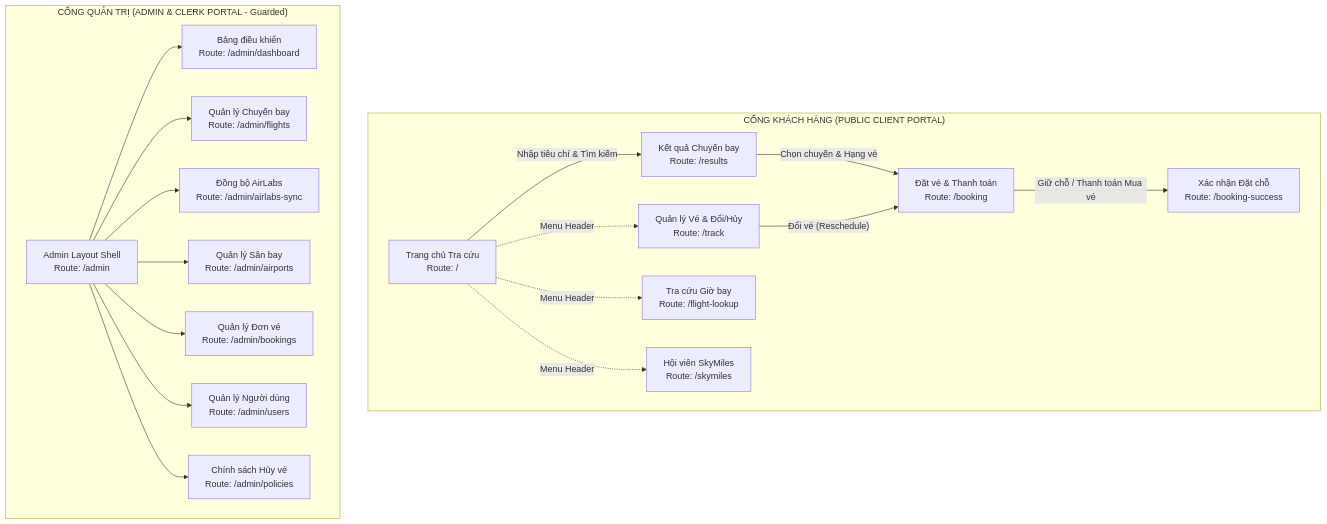
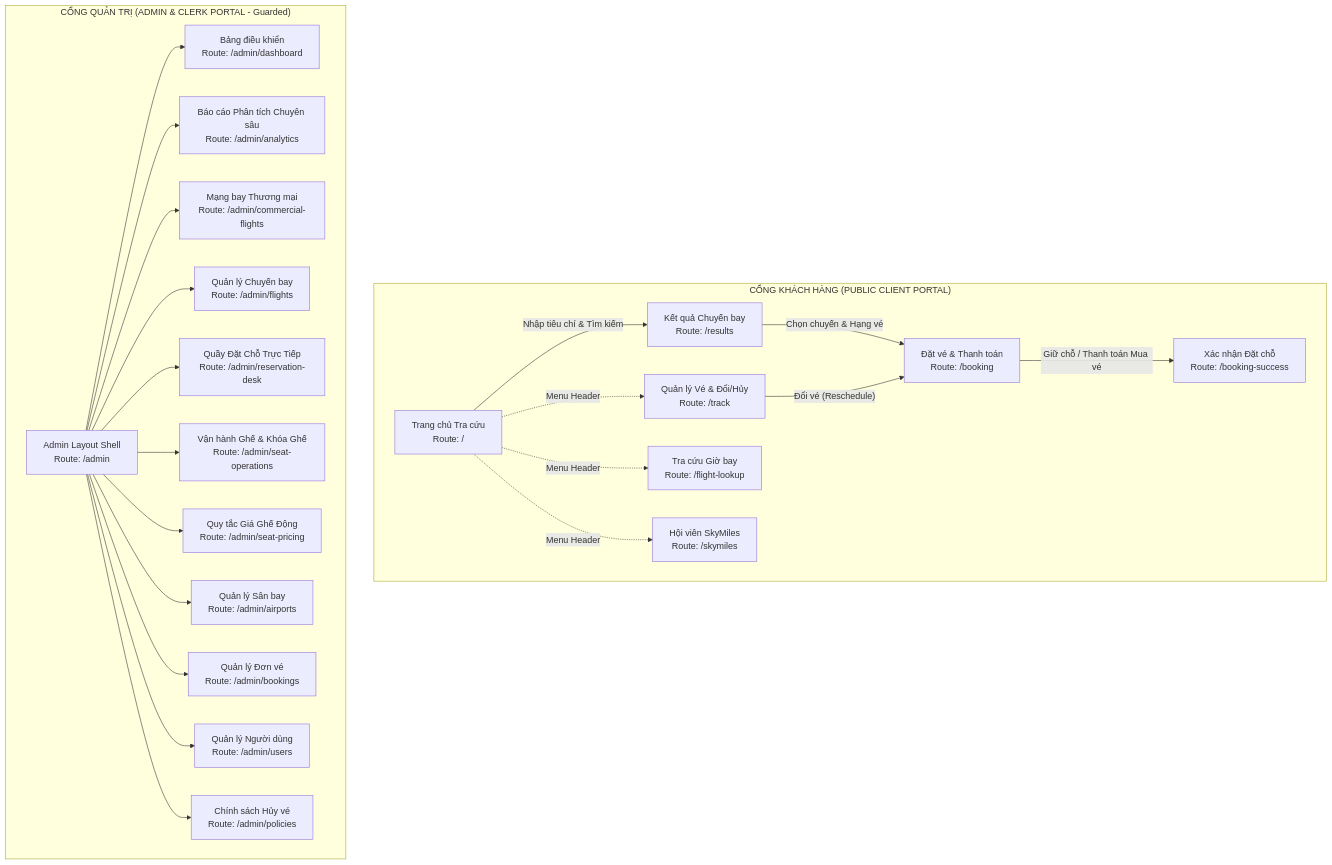
The diagram in docs/06-Interface-Design-Document.md (l0th/aptechAirlines), drawn with Mermaid before and after one commit. The commit also changed other lines of this file and 88 other files, not shown here.

````diff
--- a/docs/06-Interface-Design-Document.md
+++ b/docs/06-Interface-Design-Document.md
@@ -56,39 +56,47 @@
 ```mermaid
 graph TD
     subgraph ClientPortal["CỔNG KHÁCH HÀNG (PUBLIC CLIENT PORTAL)"]
         Home["Trang chủ Tra cứu<br/>Route: /"]
         Results["Kết quả Chuyến bay<br/>Route: /results"]
         Booking["Đặt vé & Thanh toán<br/>Route: /booking"]
         Success["Xác nhận Đặt chỗ<br/>Route: /booking-success"]
         Track["Quản lý Vé & Đổi/Hủy<br/>Route: /track"]
         FlightLookup["Tra cứu Giờ bay<br/>Route: /flight-lookup"]
         SkyMiles["Hội viên SkyMiles<br/>Route: /skymiles"]
     end
 
     subgraph AdminPortal["CỔNG QUẢN TRỊ (ADMIN & CLERK PORTAL - Guarded)"]
         AdminRoot["Admin Layout Shell<br/>Route: /admin"]
         Dashboard["Bảng điều khiển<br/>Route: /admin/dashboard"]
+        Analytics["Báo cáo Phân tích Chuyên sâu<br/>Route: /admin/analytics"]
+        CommercialFlights["Mạng bay Thương mại<br/>Route: /admin/commercial-flights"]
         FlightsManage["Quản lý Chuyến bay<br/>Route: /admin/flights"]
-        AirlabsSync["Đồng bộ AirLabs<br/>Route: /admin/airlabs-sync"]
+        ReservationDesk["Quầy Đặt Chỗ Trực Tiếp<br/>Route: /admin/reservation-desk"]
+        SeatOperations["Vận hành Ghế & Khóa Ghế<br/>Route: /admin/seat-operations"]
+        SeatPricing["Quy tắc Giá Ghế Động<br/>Route: /admin/seat-pricing"]
         AirportsManage["Quản lý Sân bay<br/>Route: /admin/airports"]
         BookingsManage["Quản lý Đơn vé<br/>Route: /admin/bookings"]
         UsersManage["Quản lý Người dùng<br/>Route: /admin/users"]
         PoliciesManage["Chính sách Hủy vé<br/>Route: /admin/policies"]
     end
 
     Home -->|"Nhập tiêu chí & Tìm kiếm"| Results
     Results -->|"Chọn chuyến & Hạng vé"| Booking
     Booking -->|"Giữ chỗ / Thanh toán Mua vé"| Success
     Home -.->|"Menu Header"| Track
     Home -.->|"Menu Header"| FlightLookup
     Home -.->|"Menu Header"| SkyMiles
     Track -->|"Đổi vé (Reschedule)"| Booking
     
     AdminRoot --> Dashboard
+    AdminRoot --> Analytics
+    AdminRoot --> CommercialFlights
     AdminRoot --> FlightsManage
-    AdminRoot --> AirlabsSync
+    AdminRoot --> ReservationDesk
+    AdminRoot --> SeatOperations
+    AdminRoot --> SeatPricing
     AdminRoot --> AirportsManage
     AdminRoot --> BookingsManage
     AdminRoot --> UsersManage
     AdminRoot --> PoliciesManage
 ```
````
